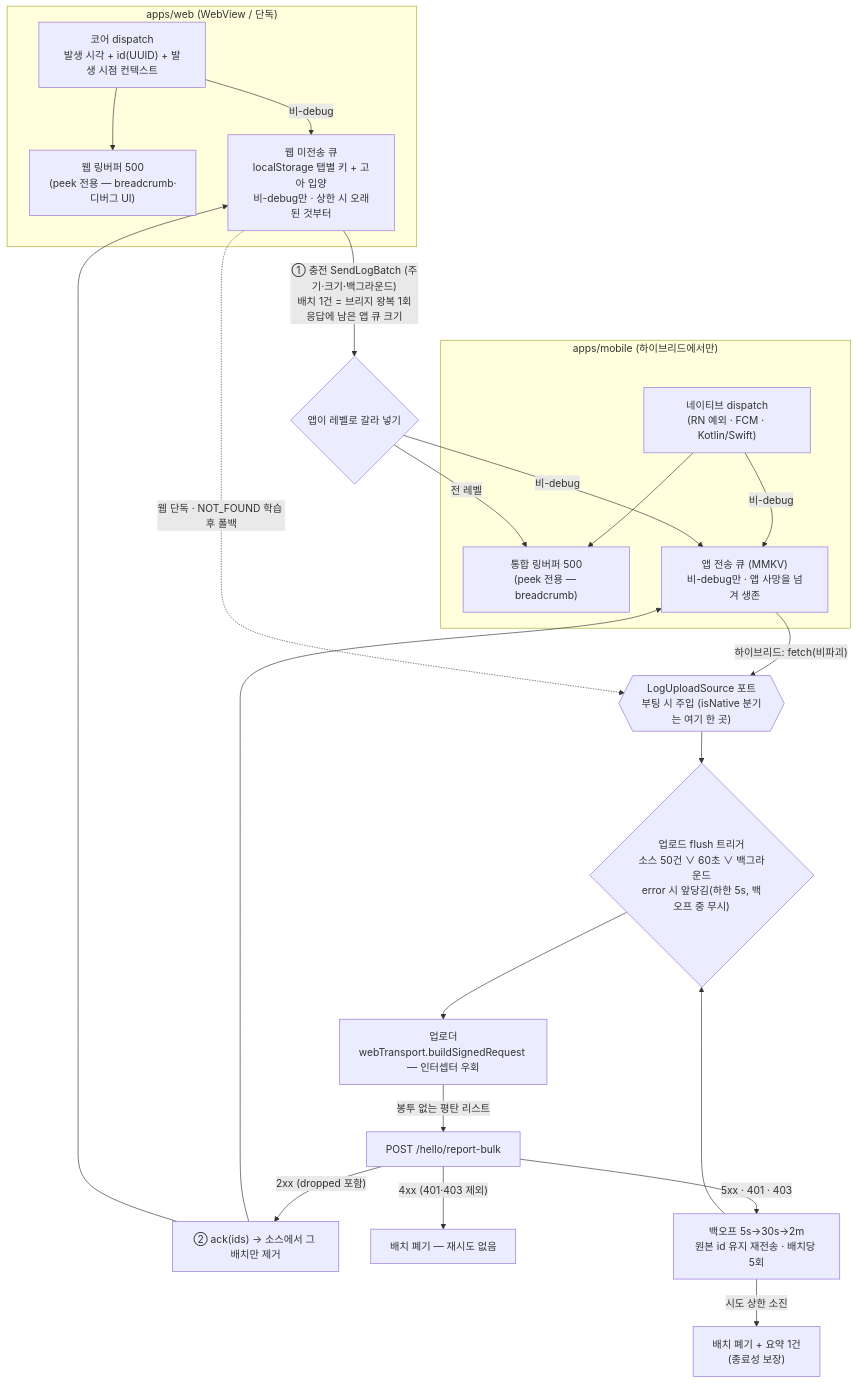
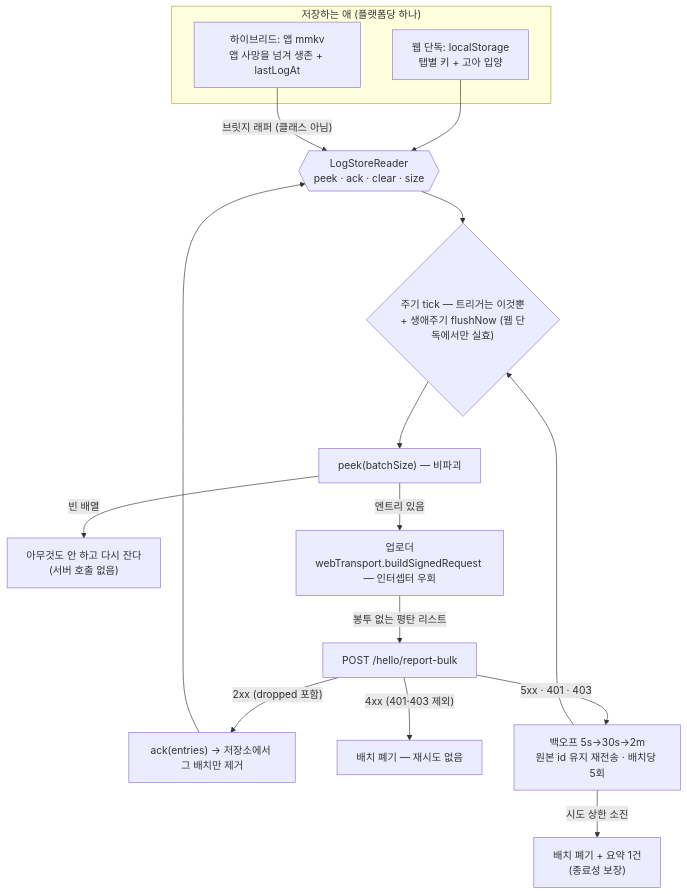
The fifth of 6 diagrams in libs/logger/docs/architecture.md (lemoncloud-io/dou-app), drawn with Mermaid before and after one commit. The commit also changed other lines of this file and 144 other files, not shown here.

````diff
--- a/libs/logger/docs/architecture.md
+++ b/libs/logger/docs/architecture.md
@@ -142,38 +274,24 @@
 ```mermaid
 flowchart TB
-    subgraph webside["apps/web (WebView / 단독)"]
-        wdisp["코어 dispatch<br/>발생 시각 + id(UUID) + 발생 시점 컨텍스트"]
-        wring["웹 링버퍼 500<br/>(peek 전용 — breadcrumb·디버그 UI)"]
-        wq["웹 미전송 큐<br/>localStorage 탭별 키 + 고아 입양<br/>비-debug만 · 상한 시 오래된 것부터"]
-        wdisp --> wring
-        wdisp -- "비-debug" --> wq
+    subgraph src["저장하는 애 (플랫폼당 하나)"]
+        wq["웹 단독: localStorage<br/>탭별 키 + 고아 입양"]
+        aq["하이브리드: 앱 mmkv<br/>앱 사망을 넘겨 생존 + lastLogAt"]
     end
 
-    subgraph appside["apps/mobile (하이브리드에서만)"]
-        aring["통합 링버퍼 500<br/>(peek 전용 — breadcrumb)"]
-        aq["앱 전송 큐 (MMKV)<br/>비-debug만 · 앱 사망을 넘겨 생존"]
-        adisp["네이티브 dispatch<br/>(RN 예외 · FCM · Kotlin/Swift)"]
-        adisp --> aring
-        adisp -- "비-debug" --> aq
-    end
+    reader{{"LogStoreReader<br/>peek · ack · clear · size"}}
+    wq --> reader
+    aq -- "브릿지 래퍼 (클래스 아님)" --> reader
 
-    wq -- "① 충전 SendLogBatch (주기·크기·백그라운드)<br/>배치 1건 = 브리지 왕복 1회<br/>응답에 남은 앱 큐 크기" --> split{"앱이 레벨로 갈라 넣기"}
-    split -- "전 레벨" --> aring
-    split -- "비-debug" --> aq
-
-    src{{"LogUploadSource 포트<br/>부팅 시 주입 (isNative 분기는 여기 한 곳)"}}
-    aq -- "하이브리드: fetch(비파괴)" --> src
-    wq -. "웹 단독 · NOT_FOUND 학습 후 폴백" .-> src
-
-    src --> trig{"업로드 flush 트리거<br/>소스 50건 ∨ 60초 ∨ 백그라운드<br/>error 시 앞당김(하한 5s, 백오프 중 무시)"}
-    trig --> up["업로더<br/>webTransport.buildSignedRequest — 인터셉터 우회"]
+    reader --> tick{"주기 tick — 트리거는 이것뿐<br/>+ 생애주기 flushNow (웹 단독에서만 실효)"}
+    tick --> peek["peek(batchSize) — 비파괴"]
+    peek -- "빈 배열" --> idle["아무것도 안 하고 다시 잔다<br/>(서버 호출 없음)"]
+    peek -- "엔트리 있음" --> up["업로더<br/>webTransport.buildSignedRequest — 인터셉터 우회"]
     up -- "봉투 없는 평탄 리스트" --> ep["POST /hello/report-bulk"]
 
-    ep -- "2xx (dropped 포함)" --> ok["② ack(ids) → 소스에서 그 배치만 제거"]
+    ep -- "2xx (dropped 포함)" --> ok["ack(entries) → 저장소에서 그 배치만 제거"]
     ep -- "4xx (401·403 제외)" --> dis["배치 폐기 — 재시도 없음"]
     ep -- "5xx · 401 · 403" --> bo["백오프 5s→30s→2m<br/>원본 id 유지 재전송 · 배치당 5회"]
-    bo --> trig
+    bo --> tick
     bo -- "시도 상한 소진" --> gu["배치 폐기 + 요약 1건<br/>(종료성 보장)"]
-    ok --> aq
-    ok --> wq
+    ok --> reader
 ```
````
